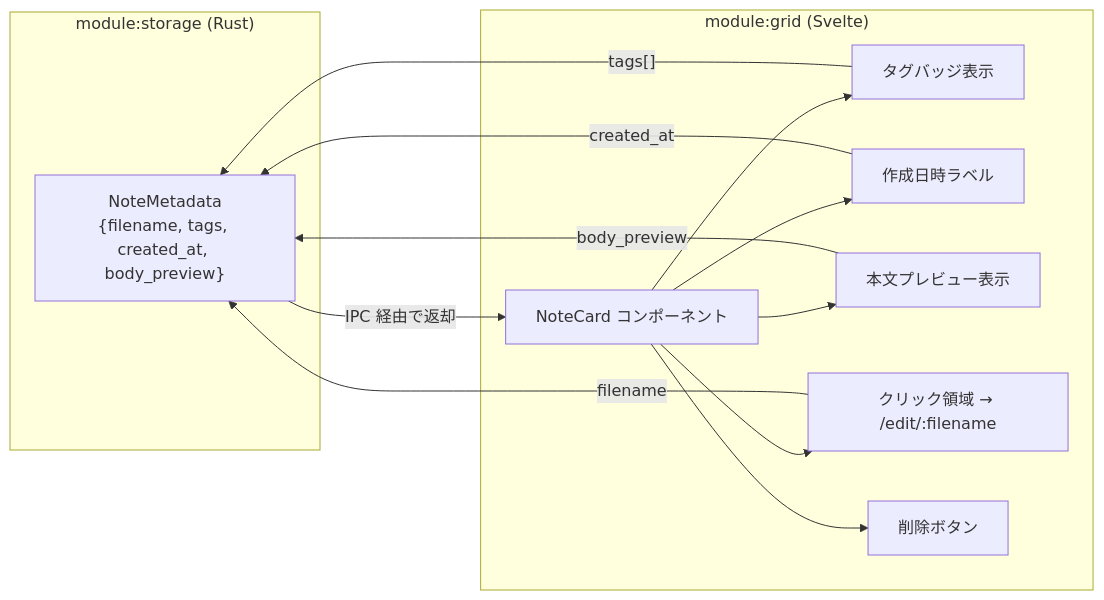
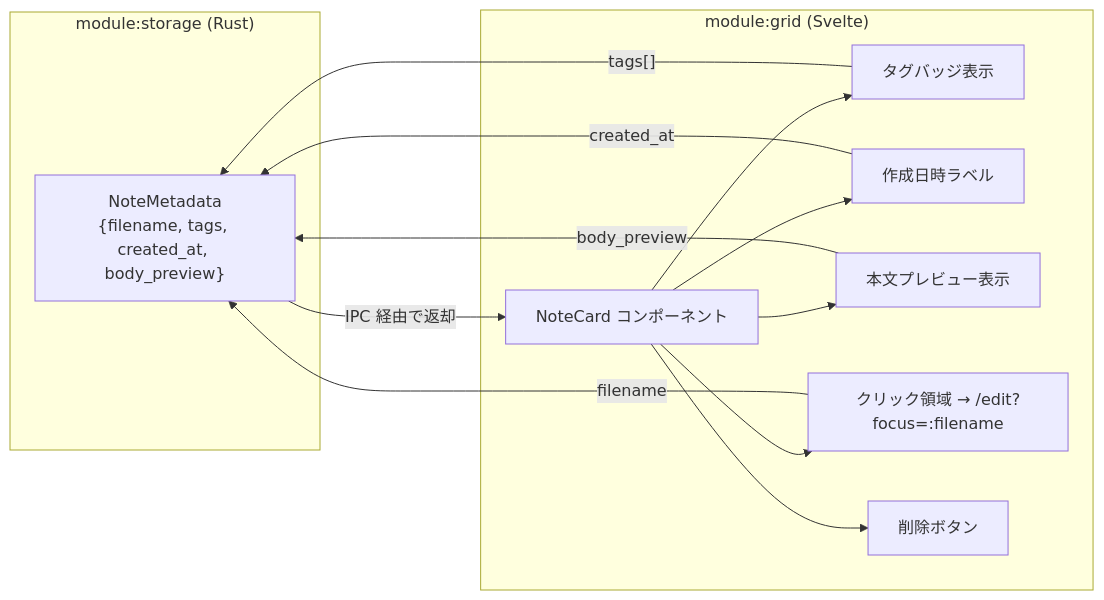
One commit to dev-komenzar/prompt-notes changed the fourth of 4 diagrams in docs/detailed_design/grid_search_design.md. Above: the diagram before and after it, drawn with Mermaid. The commit also changed other lines of this file and 6 other files, not shown here.

````diff
--- a/docs/detailed_design/grid_search_design.md
+++ b/docs/detailed_design/grid_search_design.md
@@ -199,27 +199,27 @@
 ```mermaid
 flowchart LR
     subgraph "module:storage (Rust)"
         NM["NoteMetadata<br/>{filename, tags, created_at, body_preview}"]
     end
 
     subgraph "module:grid (Svelte)"
         Card["NoteCard コンポーネント"]
         TagBadge["タグバッジ表示"]
         DateLabel["作成日時ラベル"]
         Preview["本文プレビュー表示"]
-        ClickArea["クリック領域 → /edit/:filename"]
+        ClickArea["クリック領域 → /edit?focus=:filename"]
         DelBtn["削除ボタン"]
     end
 
     NM -->|"IPC 経由で返却"| Card
     Card --> TagBadge
     Card --> DateLabel
     Card --> Preview
     Card --> ClickArea
     Card --> DelBtn
 
     TagBadge -->|"tags[]"| NM
     DateLabel -->|"created_at"| NM
     Preview -->|"body_preview"| NM
     ClickArea -->|"filename"| NM
 ```
````
